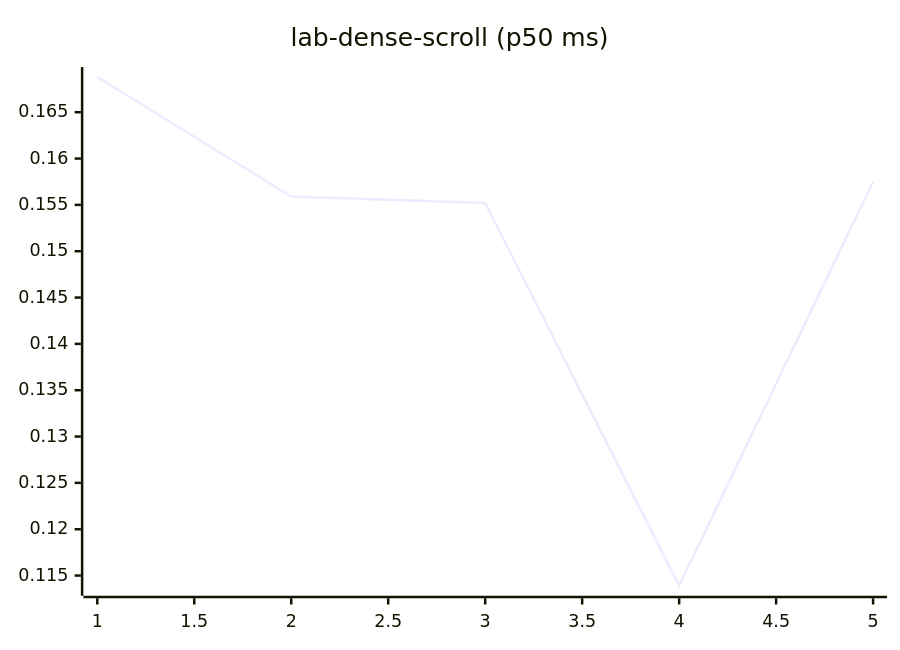
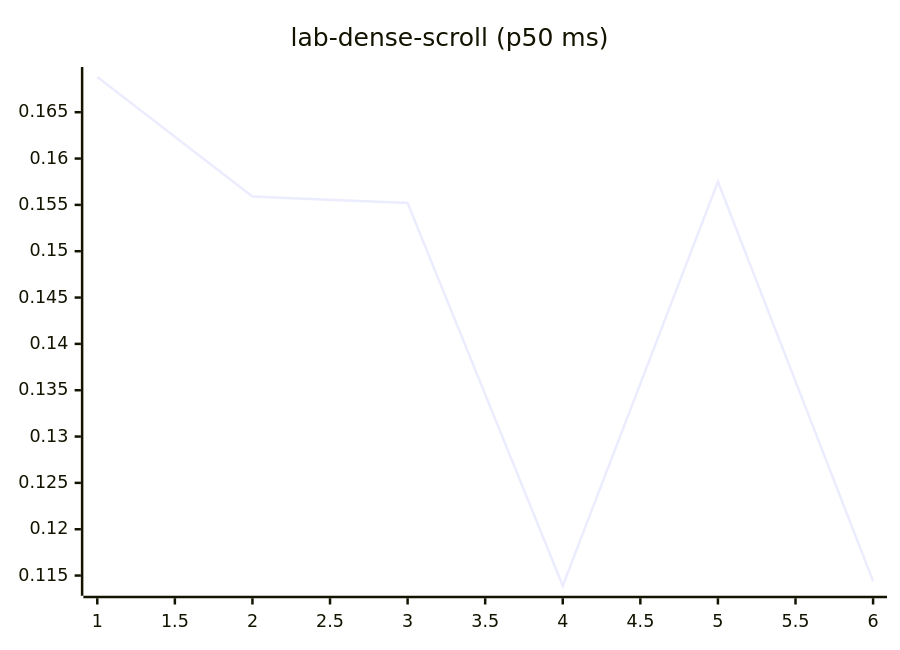
Diagram 12 of 27 in README.md (josha/Facet), drawn with Mermaid before and after one commit. The commit also changed other lines of this file and 2 other files, not shown here.

````diff
--- a/README.md
+++ b/README.md
@@ -140,6 +140,6 @@
 ```mermaid
 xychart-beta
     title "lab-dense-scroll (p50 ms)"
-    x-axis 1 --> 5
-    line [0.1688, 0.1559, 0.1552, 0.1139, 0.1575]
+    x-axis 1 --> 6
+    line [0.1688, 0.1559, 0.1552, 0.1139, 0.1575, 0.1144]
 ```
````
